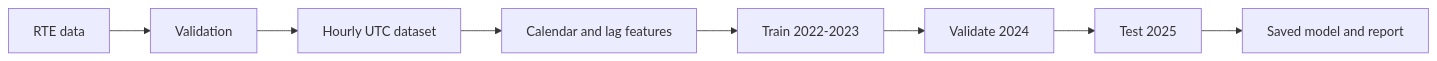
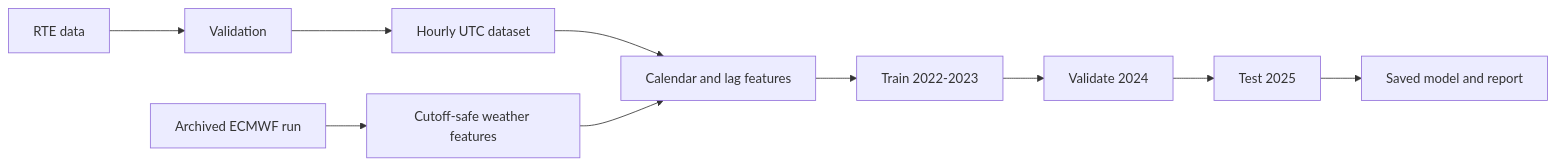
The diagram in README.md (HassaneAitAhmed/EnergyAI), drawn with Mermaid before and after one commit. The commit also changed other lines of this file and 1 other file, not shown here.

Commit message:
Document the Phase 4 weather pipeline

````diff
--- a/README.md
+++ b/README.md
@@ -25,10 +29,12 @@
 ```mermaid
 flowchart LR
     A[RTE data] --> B[Validation]
     B --> C[Hourly UTC dataset]
     C --> D[Calendar and lag features]
+    W[Archived ECMWF run] --> X[Cutoff-safe weather features]
+    X --> D
     D --> E[Train 2022-2023]
     E --> F[Validate 2024]
     F --> G[Test 2025]
     G --> H[Saved model and report]
 ```
````
